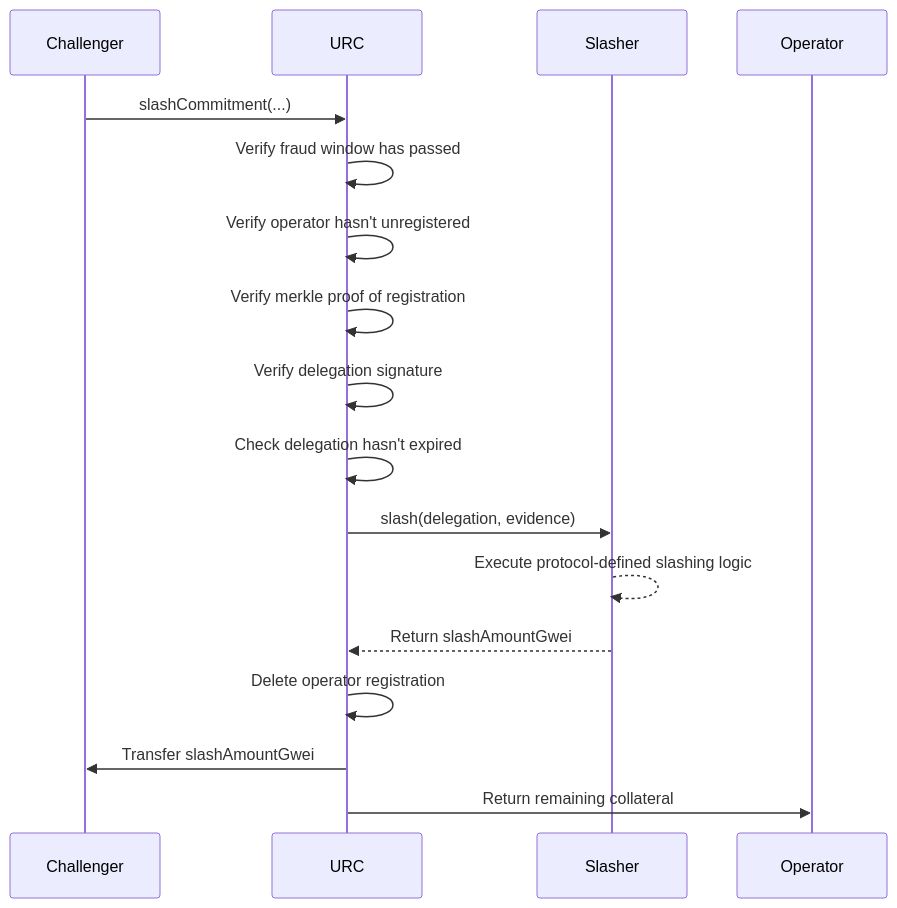
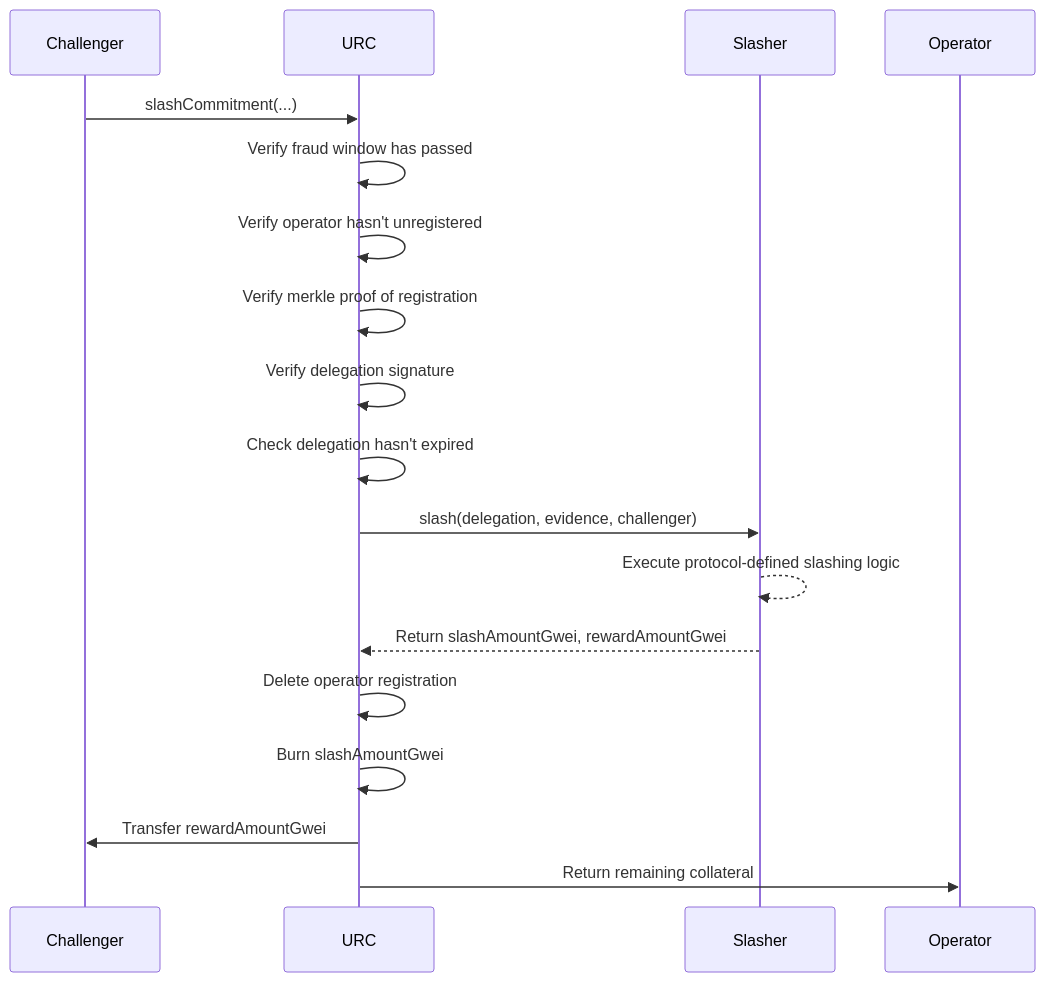
Before and after one commit to interstate-labs/urc: the fifth of 5 diagrams in docs/overview.md, drawn with Mermaid. The commit also changed other lines of this file, not shown here.

Commit message:
update docs/diagram based on slasher interface changes

````diff
--- a/docs/overview.md
+++ b/docs/overview.md
@@ -222,20 +222,21 @@
 ```mermaid
 sequenceDiagram
     participant Challenger
     participant URC
     participant Slasher
     participant Operator
 
     Challenger->>URC: slashCommitment(...)
     URC->>URC: Verify fraud window has passed
     URC->>URC: Verify operator hasn't unregistered
     URC->>URC: Verify merkle proof of registration
     URC->>URC: Verify delegation signature
     URC->>URC: Check delegation hasn't expired
-    URC->>Slasher: slash(delegation, evidence)
+    URC->>Slasher: slash(delegation, evidence, challenger)
     Slasher-->>Slasher: Execute protocol-defined slashing logic
-    Slasher-->>URC: Return slashAmountGwei
+    Slasher-->>URC: Return slashAmountGwei, rewardAmountGwei
     URC->>URC: Delete operator registration
-    URC->>Challenger: Transfer slashAmountGwei
+    URC->>URC: Burn slashAmountGwei
+    URC->>Challenger: Transfer rewardAmountGwei
     URC->>Operator: Return remaining collateral
 ```
````
